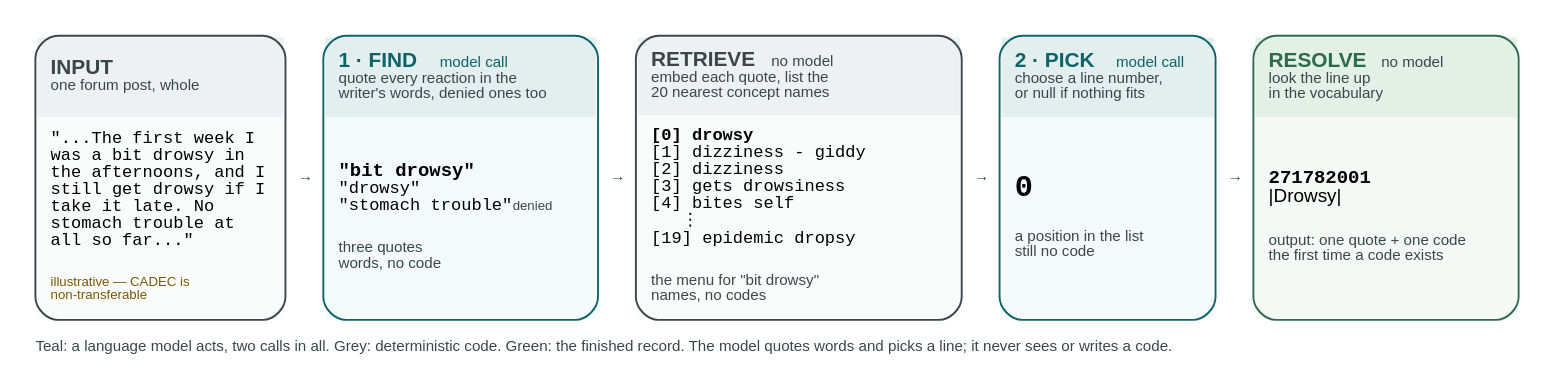
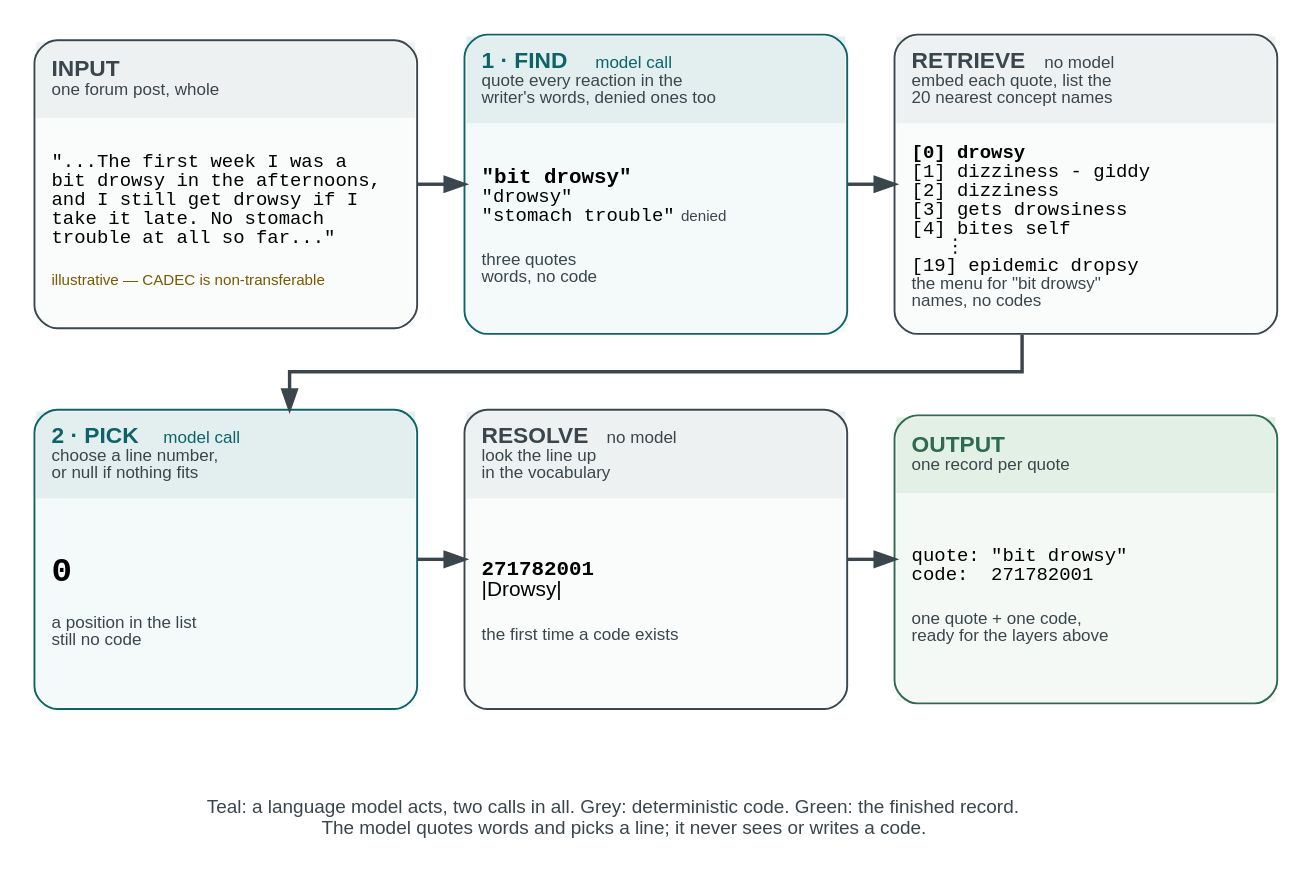
The diagram in docs/figures/infoq-fig6-pipeline-flow.dot (wbagais/reliability-ladder), drawn with Graphviz before and after one commit. The commit also changed 4 other files, not shown here.

Commit message:
InfoQ CADEC article: Figure 1 in two rows of three cards, output as its own card

```diff
--- a/docs/figures/infoq-fig6-pipeline-flow.dot
+++ b/docs/figures/infoq-fig6-pipeline-flow.dot
@@ -1,40 +1,51 @@
-// Figure 1 of docs/article-infoq-CADEC.md (2026-09-08): the pipeline left to right, one card
-// per step, each card showing what that step produces for ONE illustrative post — the flow
-// and the example in the same picture. Owner asked for "something between" the vertical
-// flowchart and a busy icon graphic. Colour key as fig7-pipeline-cadec.dot: teal #0c6469
-// a model acts, grey #3a464c deterministic code, green #2d6a4f the finished record.
-digraph pipeline_h {
-  bgcolor="white"; pad=0.15;
+// Figure 1 of docs/article-infoq-CADEC.md (2026-09-08): the pipeline in two rows of three
+// cards, each card showing what that step produces for ONE illustrative post — the flow and
+// the example in the same picture. Two rows at the owner's request, for page width.
+// Colour key as fig7-pipeline-cadec.dot: teal #0c6469 a model acts, grey #3a464c deterministic
+// code, green #2d6a4f the finished record.
+digraph pipeline_flow {
+  bgcolor="white"; rankdir=TB; splines=ortho; nodesep=0.35; ranksep=0.55; pad=0.15;
   node [shape=none fontname="Helvetica" margin=0];
+  edge [color="#3a464c" penwidth=1.8 arrowsize=1.0];
 
-  t [label=<<TABLE BORDER="0" CELLBORDER="0" CELLSPACING="0" CELLPADDING="0">
-  <TR>
-    <TD VALIGN="MIDDLE"><TABLE BORDER="1" COLOR="#3a464c" CELLBORDER="0" CELLSPACING="0" CELLPADDING="7" STYLE="rounded" WIDTH="130">
-      <TR><TD BGCOLOR="#eef1f2" ALIGN="LEFT" WIDTH="130" HEIGHT="40"><FONT POINT-SIZE="11.5" COLOR="#3a464c"><B>INPUT</B></FONT><BR ALIGN="LEFT"/><FONT POINT-SIZE="8.5" COLOR="#3a464c">one forum post, whole</FONT><BR ALIGN="LEFT"/></TD></TR>
-      <TR><TD BGCOLOR="#fafbfb" ALIGN="LEFT" HEIGHT="105"><FONT POINT-SIZE="9.5" FACE="Courier">"...The first week I<BR ALIGN="LEFT"/>was a bit drowsy in<BR ALIGN="LEFT"/>the afternoons, and I<BR ALIGN="LEFT"/>still get drowsy if I<BR ALIGN="LEFT"/>take it late. No<BR ALIGN="LEFT"/>stomach trouble at<BR ALIGN="LEFT"/>all so far..."</FONT><BR ALIGN="LEFT"/><BR ALIGN="LEFT"/><FONT POINT-SIZE="7.5" COLOR="#7a5800">illustrative — CADEC is<BR ALIGN="LEFT"/>non-transferable</FONT><BR ALIGN="LEFT"/></TD></TR>
-    </TABLE></TD>
-    <TD WIDTH="20" VALIGN="MIDDLE"><FONT POINT-SIZE="8.5" COLOR="#3a464c">→</FONT></TD>
-    <TD VALIGN="MIDDLE"><TABLE BORDER="1" COLOR="#0c6469" CELLBORDER="0" CELLSPACING="0" CELLPADDING="7" STYLE="rounded" WIDTH="120">
-      <TR><TD BGCOLOR="#e3eeef" ALIGN="LEFT" WIDTH="120" HEIGHT="40"><FONT POINT-SIZE="11.5" COLOR="#0c6469"><B>1 · FIND</B></FONT><FONT POINT-SIZE="8.5" COLOR="#0c6469">   model call</FONT><BR ALIGN="LEFT"/><FONT POINT-SIZE="8.5" COLOR="#3a464c">quote every reaction in the<BR ALIGN="LEFT"/>writer's words, denied ones too</FONT><BR ALIGN="LEFT"/></TD></TR>
-      <TR><TD BGCOLOR="#f4fafa" ALIGN="LEFT" HEIGHT="105"><FONT POINT-SIZE="10" FACE="Courier"><B>"bit drowsy"</B></FONT><BR ALIGN="LEFT"/><FONT POINT-SIZE="9.5" FACE="Courier">"drowsy"</FONT><BR ALIGN="LEFT"/><FONT POINT-SIZE="9.5" FACE="Courier">"stomach trouble"</FONT><FONT POINT-SIZE="7.5" COLOR="#3a464c">  denied</FONT><BR ALIGN="LEFT"/><BR ALIGN="LEFT"/><FONT POINT-SIZE="8" COLOR="#3a464c">three quotes<BR ALIGN="LEFT"/>words, no code</FONT><BR ALIGN="LEFT"/></TD></TR>
-    </TABLE></TD>
-    <TD WIDTH="20" VALIGN="MIDDLE"><FONT POINT-SIZE="8.5" COLOR="#3a464c">→</FONT></TD>
-    <TD VALIGN="MIDDLE"><TABLE BORDER="1" COLOR="#3a464c" CELLBORDER="0" CELLSPACING="0" CELLPADDING="7" STYLE="rounded" WIDTH="170">
-      <TR><TD BGCOLOR="#eef1f2" ALIGN="LEFT" WIDTH="170" HEIGHT="40"><FONT POINT-SIZE="11.5" COLOR="#3a464c"><B>RETRIEVE</B></FONT><FONT POINT-SIZE="8.5" COLOR="#3a464c">   no model</FONT><BR ALIGN="LEFT"/><FONT POINT-SIZE="8.5" COLOR="#3a464c">embed each quote, list the<BR ALIGN="LEFT"/>20 nearest concept names</FONT><BR ALIGN="LEFT"/></TD></TR>
-      <TR><TD BGCOLOR="#fafbfb" ALIGN="LEFT" HEIGHT="105"><FONT POINT-SIZE="9.5" FACE="Courier"><B>[0] drowsy</B><BR ALIGN="LEFT"/>[1] dizziness - giddy<BR ALIGN="LEFT"/>[2] dizziness<BR ALIGN="LEFT"/>[3] gets drowsiness<BR ALIGN="LEFT"/>[4] bites self<BR ALIGN="LEFT"/>    ⋮<BR ALIGN="LEFT"/>[19] epidemic dropsy</FONT><BR ALIGN="LEFT"/><BR ALIGN="LEFT"/><FONT POINT-SIZE="8" COLOR="#3a464c">the menu for "bit drowsy"<BR ALIGN="LEFT"/>names, no codes</FONT><BR ALIGN="LEFT"/></TD></TR>
-    </TABLE></TD>
-    <TD WIDTH="20" VALIGN="MIDDLE"><FONT POINT-SIZE="8.5" COLOR="#3a464c">→</FONT></TD>
-    <TD VALIGN="MIDDLE"><TABLE BORDER="1" COLOR="#0c6469" CELLBORDER="0" CELLSPACING="0" CELLPADDING="7" STYLE="rounded" WIDTH="85">
-      <TR><TD BGCOLOR="#e3eeef" ALIGN="LEFT" WIDTH="85" HEIGHT="40"><FONT POINT-SIZE="11.5" COLOR="#0c6469"><B>2 · PICK</B></FONT><FONT POINT-SIZE="8.5" COLOR="#0c6469">   model call</FONT><BR ALIGN="LEFT"/><FONT POINT-SIZE="8.5" COLOR="#3a464c">choose a line number,<BR ALIGN="LEFT"/>or null if nothing fits</FONT><BR ALIGN="LEFT"/></TD></TR>
-      <TR><TD BGCOLOR="#f4fafa" ALIGN="LEFT" HEIGHT="105"><FONT POINT-SIZE="16" FACE="Courier"><B>0</B></FONT><BR ALIGN="LEFT"/><BR ALIGN="LEFT"/><FONT POINT-SIZE="8" COLOR="#3a464c">a position in the list<BR ALIGN="LEFT"/>still no code</FONT><BR ALIGN="LEFT"/></TD></TR>
-    </TABLE></TD>
-    <TD WIDTH="20" VALIGN="MIDDLE"><FONT POINT-SIZE="8.5" COLOR="#3a464c">→</FONT></TD>
-    <TD VALIGN="MIDDLE"><TABLE BORDER="1" COLOR="#2d6a4f" CELLBORDER="0" CELLSPACING="0" CELLPADDING="7" STYLE="rounded" WIDTH="125">
-      <TR><TD BGCOLOR="#e3f0e6" ALIGN="LEFT" WIDTH="125" HEIGHT="40"><FONT POINT-SIZE="11.5" COLOR="#2d6a4f"><B>RESOLVE</B></FONT><FONT POINT-SIZE="8.5" COLOR="#3a464c">   no model</FONT><BR ALIGN="LEFT"/><FONT POINT-SIZE="8.5" COLOR="#3a464c">look the line up<BR ALIGN="LEFT"/>in the vocabulary</FONT><BR ALIGN="LEFT"/></TD></TR>
-      <TR><TD BGCOLOR="#f4f9f6" ALIGN="LEFT" HEIGHT="105"><FONT POINT-SIZE="10" FACE="Courier"><B>271782001</B></FONT><BR ALIGN="LEFT"/><FONT POINT-SIZE="10">|Drowsy|</FONT><BR ALIGN="LEFT"/><BR ALIGN="LEFT"/><FONT POINT-SIZE="8" COLOR="#3a464c">output: one quote + one code<BR ALIGN="LEFT"/>the first time a code exists</FONT><BR ALIGN="LEFT"/></TD></TR>
-    </TABLE></TD>
-  </TR>
-  <TR><TD COLSPAN="9" HEIGHT="10"></TD></TR>
-  <TR><TD COLSPAN="9" ALIGN="LEFT"><FONT POINT-SIZE="8.5" COLOR="#3a464c">Teal: a language model acts, two calls in all. Grey: deterministic code. Green: the finished record. The model quotes words and picks a line; it never sees or writes a code.</FONT></TD></TR>
+  input [label=<<TABLE BORDER="1" COLOR="#3a464c" CELLBORDER="0" CELLSPACING="0" CELLPADDING="8" STYLE="rounded" WIDTH="200">
+    <TR><TD BGCOLOR="#eef1f2" ALIGN="LEFT" WIDTH="200" HEIGHT="40"><FONT POINT-SIZE="12.5" COLOR="#3a464c"><B>INPUT</B></FONT><BR ALIGN="LEFT"/><FONT POINT-SIZE="9.5" COLOR="#3a464c">one forum post, whole</FONT><BR ALIGN="LEFT"/></TD></TR>
+    <TR><TD BGCOLOR="#fafbfb" ALIGN="LEFT" HEIGHT="110"><FONT POINT-SIZE="10" FACE="Courier">"...The first week I was a<BR ALIGN="LEFT"/>bit drowsy in the afternoons,<BR ALIGN="LEFT"/>and I still get drowsy if I<BR ALIGN="LEFT"/>take it late. No stomach<BR ALIGN="LEFT"/>trouble at all so far..."</FONT><BR ALIGN="LEFT"/><BR ALIGN="LEFT"/><FONT POINT-SIZE="8.5" COLOR="#7a5800">illustrative — CADEC is non-transferable</FONT><BR ALIGN="LEFT"/></TD></TR>
   </TABLE>>];
+
+  find [label=<<TABLE BORDER="1" COLOR="#0c6469" CELLBORDER="0" CELLSPACING="0" CELLPADDING="8" STYLE="rounded" WIDTH="200">
+    <TR><TD BGCOLOR="#e3eeef" ALIGN="LEFT" WIDTH="200" HEIGHT="40"><FONT POINT-SIZE="12.5" COLOR="#0c6469"><B>1 · FIND</B></FONT><FONT POINT-SIZE="9.5" COLOR="#0c6469">   model call</FONT><BR ALIGN="LEFT"/><FONT POINT-SIZE="9.5" COLOR="#3a464c">quote every reaction in the<BR ALIGN="LEFT"/>writer's words, denied ones too</FONT><BR ALIGN="LEFT"/></TD></TR>
+    <TR><TD BGCOLOR="#f4fafa" ALIGN="LEFT" HEIGHT="110"><FONT POINT-SIZE="11" FACE="Courier"><B>"bit drowsy"</B></FONT><BR ALIGN="LEFT"/><FONT POINT-SIZE="10" FACE="Courier">"drowsy"</FONT><BR ALIGN="LEFT"/><FONT POINT-SIZE="10" FACE="Courier">"stomach trouble"</FONT><FONT POINT-SIZE="8.5" COLOR="#3a464c">  denied</FONT><BR ALIGN="LEFT"/><BR ALIGN="LEFT"/><FONT POINT-SIZE="9" COLOR="#3a464c">three quotes<BR ALIGN="LEFT"/>words, no code</FONT><BR ALIGN="LEFT"/></TD></TR>
+  </TABLE>>];
+
+  retrieve [label=<<TABLE BORDER="1" COLOR="#3a464c" CELLBORDER="0" CELLSPACING="0" CELLPADDING="8" STYLE="rounded" WIDTH="200">
+    <TR><TD BGCOLOR="#eef1f2" ALIGN="LEFT" WIDTH="200" HEIGHT="40"><FONT POINT-SIZE="12.5" COLOR="#3a464c"><B>RETRIEVE</B></FONT><FONT POINT-SIZE="9.5" COLOR="#3a464c">   no model</FONT><BR ALIGN="LEFT"/><FONT POINT-SIZE="9.5" COLOR="#3a464c">embed each quote, list the<BR ALIGN="LEFT"/>20 nearest concept names</FONT><BR ALIGN="LEFT"/></TD></TR>
+    <TR><TD BGCOLOR="#fafbfb" ALIGN="LEFT" HEIGHT="110"><FONT POINT-SIZE="10" FACE="Courier"><B>[0] drowsy</B><BR ALIGN="LEFT"/>[1] dizziness - giddy<BR ALIGN="LEFT"/>[2] dizziness<BR ALIGN="LEFT"/>[3] gets drowsiness<BR ALIGN="LEFT"/>[4] bites self<BR ALIGN="LEFT"/>    ⋮<BR ALIGN="LEFT"/>[19] epidemic dropsy</FONT><BR ALIGN="LEFT"/><FONT POINT-SIZE="9" COLOR="#3a464c">the menu for "bit drowsy"<BR ALIGN="LEFT"/>names, no codes</FONT><BR ALIGN="LEFT"/></TD></TR>
+  </TABLE>>];
+
+  pick [label=<<TABLE BORDER="1" COLOR="#0c6469" CELLBORDER="0" CELLSPACING="0" CELLPADDING="8" STYLE="rounded" WIDTH="200">
+    <TR><TD BGCOLOR="#e3eeef" ALIGN="LEFT" WIDTH="200" HEIGHT="40"><FONT POINT-SIZE="12.5" COLOR="#0c6469"><B>2 · PICK</B></FONT><FONT POINT-SIZE="9.5" COLOR="#0c6469">   model call</FONT><BR ALIGN="LEFT"/><FONT POINT-SIZE="9.5" COLOR="#3a464c">choose a line number,<BR ALIGN="LEFT"/>or null if nothing fits</FONT><BR ALIGN="LEFT"/></TD></TR>
+    <TR><TD BGCOLOR="#f4fafa" ALIGN="LEFT" HEIGHT="110"><FONT POINT-SIZE="18" FACE="Courier"><B>0</B></FONT><BR ALIGN="LEFT"/><BR ALIGN="LEFT"/><FONT POINT-SIZE="9" COLOR="#3a464c">a position in the list<BR ALIGN="LEFT"/>still no code</FONT><BR ALIGN="LEFT"/></TD></TR>
+  </TABLE>>];
+
+  resolve [label=<<TABLE BORDER="1" COLOR="#3a464c" CELLBORDER="0" CELLSPACING="0" CELLPADDING="8" STYLE="rounded" WIDTH="200">
+    <TR><TD BGCOLOR="#eef1f2" ALIGN="LEFT" WIDTH="200" HEIGHT="40"><FONT POINT-SIZE="12.5" COLOR="#3a464c"><B>RESOLVE</B></FONT><FONT POINT-SIZE="9.5" COLOR="#3a464c">   no model</FONT><BR ALIGN="LEFT"/><FONT POINT-SIZE="9.5" COLOR="#3a464c">look the line up<BR ALIGN="LEFT"/>in the vocabulary</FONT><BR ALIGN="LEFT"/></TD></TR>
+    <TR><TD BGCOLOR="#fafbfb" ALIGN="LEFT" HEIGHT="110"><FONT POINT-SIZE="11" FACE="Courier"><B>271782001</B></FONT><BR ALIGN="LEFT"/><FONT POINT-SIZE="11">|Drowsy|</FONT><BR ALIGN="LEFT"/><BR ALIGN="LEFT"/><FONT POINT-SIZE="9" COLOR="#3a464c">the first time a code exists</FONT><BR ALIGN="LEFT"/></TD></TR>
+  </TABLE>>];
+
+  output [label=<<TABLE BORDER="1" COLOR="#2d6a4f" CELLBORDER="0" CELLSPACING="0" CELLPADDING="8" STYLE="rounded" WIDTH="200">
+    <TR><TD BGCOLOR="#e3f0e6" ALIGN="LEFT" WIDTH="200" HEIGHT="40"><FONT POINT-SIZE="12.5" COLOR="#2d6a4f"><B>OUTPUT</B></FONT><BR ALIGN="LEFT"/><FONT POINT-SIZE="9.5" COLOR="#3a464c">one record per quote</FONT><BR ALIGN="LEFT"/></TD></TR>
+    <TR><TD BGCOLOR="#f4f9f6" ALIGN="LEFT" HEIGHT="110"><FONT POINT-SIZE="10" FACE="Courier">quote: "bit drowsy"<BR ALIGN="LEFT"/>code:  271782001</FONT><BR ALIGN="LEFT"/><BR ALIGN="LEFT"/><FONT POINT-SIZE="9" COLOR="#3a464c">one quote + one code,<BR ALIGN="LEFT"/>ready for the layers above</FONT><BR ALIGN="LEFT"/></TD></TR>
+  </TABLE>>];
+
+  legend [shape=plaintext fontname="Helvetica" fontsize=10 fontcolor="#3a464c"
+          label=<Teal: a language model acts, two calls in all. Grey: deterministic code. Green: the finished record.<BR/>The model quotes words and picks a line; it never sees or writes a code.>];
+
+  { rank=same; input; find; retrieve; }
+  { rank=same; pick; resolve; output; }
+  input -> find; find -> retrieve;
+  retrieve -> pick;
+  pick -> resolve; resolve -> output;
+  input -> pick [style=invis]; find -> resolve [style=invis]; retrieve -> output [style=invis];
+  resolve -> legend [style=invis];
 }
```
